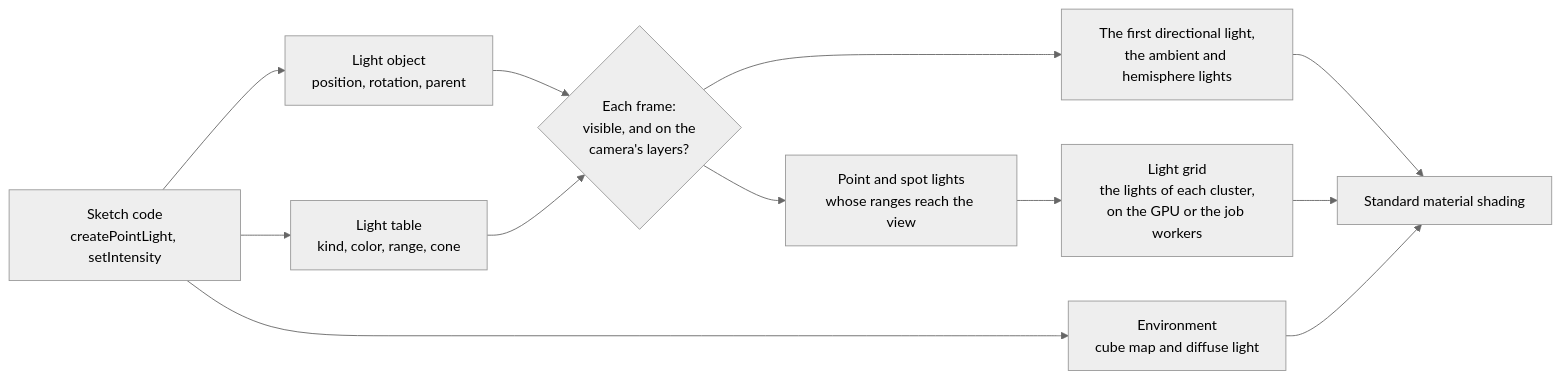
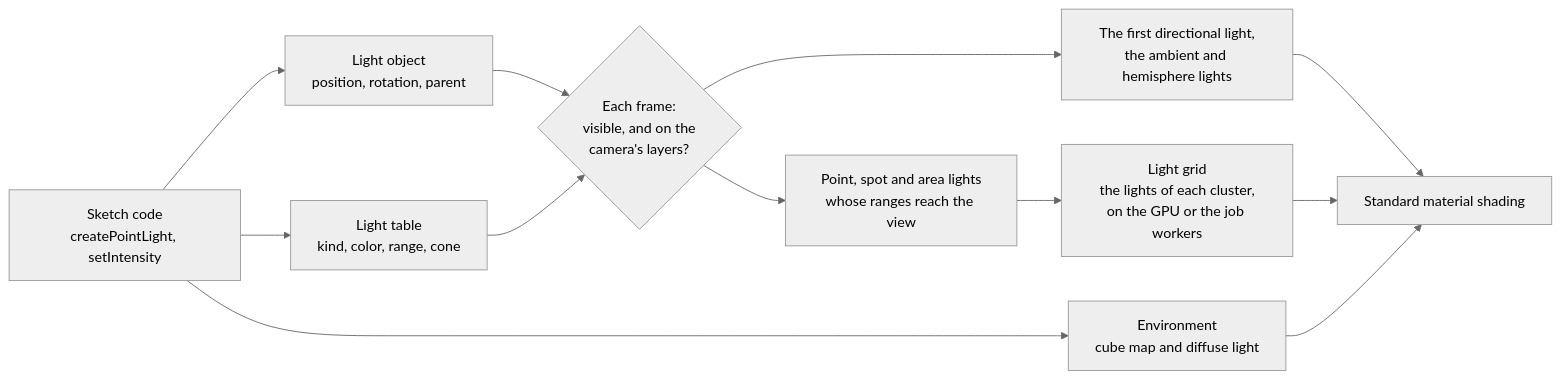
One commit to null3d-engine/null3d changed the first of 3 diagrams in docs/concepts/lighting.md. Above: the diagram before and after it, drawn with Mermaid (neutral theme). The commit also changed other lines of this file and 72 other files, not shown here.

First line of the commit message:
feat(engine): add rectangle and tube area lights with linearly transformed cosines

````diff
--- a/docs/concepts/lighting.md
+++ b/docs/concepts/lighting.md
@@ -13,14 +13,14 @@
 ```mermaid
 flowchart LR
     sketch["Sketch code<br/>createPointLight, setIntensity"] --> object["Light object<br/>position, rotation, parent"]
     sketch --> table["Light table<br/>kind, color, range, cone"]
     sketch --> env["Environment<br/>cube map and diffuse light"]
     object --> frame{"Each frame:<br/>visible, and on the<br/>camera's layers?"}
     table --> frame
     frame --> main["The first directional light,<br/>the ambient and hemisphere lights"]
-    frame --> list["Point and spot lights<br/>whose ranges reach the view"]
+    frame --> list["Point, spot and area lights<br/>whose ranges reach the view"]
     list --> grid["Light grid<br/>the lights of each cluster,<br/>on the GPU or the job workers"]
     main --> shading["Standard material shading"]
     grid --> shading
     env --> shading
 ```
````
